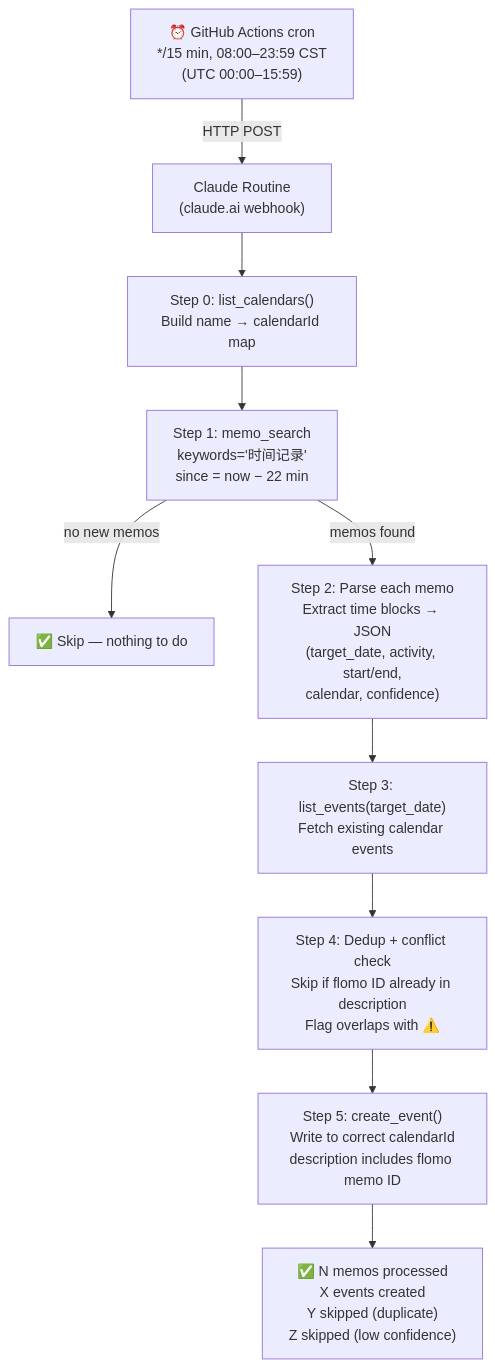
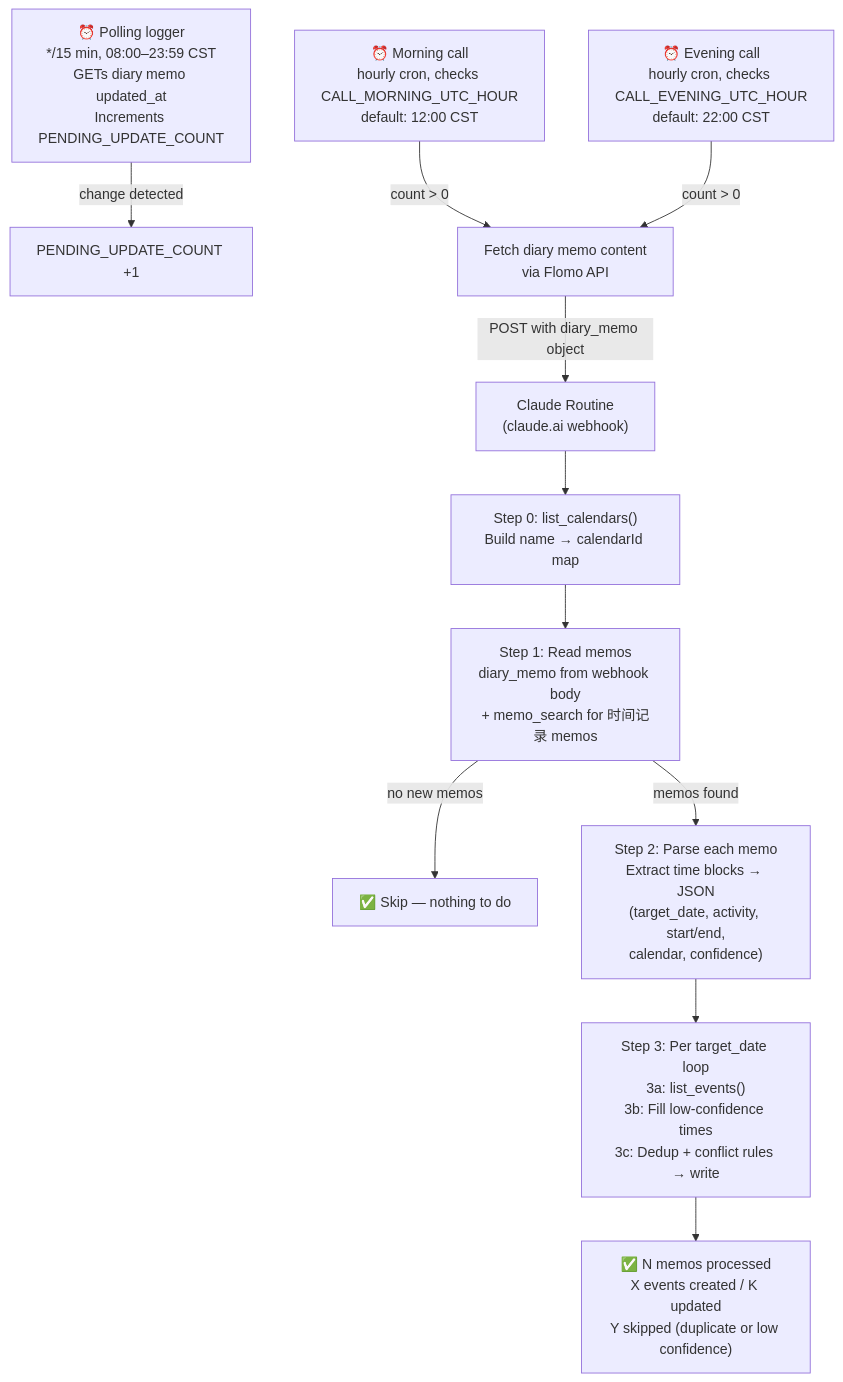
Before and after one commit to Aurora-yang-git/Workflow-Calendar: the diagram in README.md, drawn with Mermaid. The commit also changed other lines of this file and 3 other files, not shown here.

First line of the commit message:
chore: gitignore PLAN.md + CLAUDE.md, update README for new architecture

````diff
--- a/README.md
+++ b/README.md
@@ -7,16 +7,19 @@
 ```mermaid
 flowchart TD
-    A["⏰ GitHub Actions cron\n*/15 min, 08:00–23:59 CST\n(UTC 00:00–15:59)"] -->|HTTP POST| B["Claude Routine\n(claude.ai webhook)"]
+    POLL["⏰ Polling logger\n*/15 min, 08:00–23:59 CST\nGETs diary memo updated_at\nIncrements PENDING_UPDATE_COUNT"] -->|change detected| COUNT["PENDING_UPDATE_COUNT +1"]
+
+    CALL_M["⏰ Morning call\nhourly cron, checks CALL_MORNING_UTC_HOUR\ndefault: 12:00 CST"] -->|count > 0| FETCH
+    CALL_E["⏰ Evening call\nhourly cron, checks CALL_EVENING_UTC_HOUR\ndefault: 22:00 CST"] -->|count > 0| FETCH
+
+    FETCH["Fetch diary memo content\nvia Flomo API"] -->|POST with diary_memo object| B["Claude Routine\n(claude.ai webhook)"]
 
     B --> S0["Step 0: list_calendars()\nBuild name → calendarId map"]
-    S0 --> S1["Step 1: memo_search\nkeywords='时间记录'\nsince = now − 22 min"]
+    S0 --> S1["Step 1: Read memos\ndiary_memo from webhook body\n+ memo_search for 时间记录 memos"]
 
     S1 -->|no new memos| SKIP["✅ Skip — nothing to do"]
     S1 -->|memos found| S2["Step 2: Parse each memo\nExtract time blocks → JSON\n(target_date, activity, start/end,\ncalendar, confidence)"]
 
-    S2 --> S3["Step 3: list_events(target_date)\nFetch existing calendar events"]
-    S3 --> S4["Step 4: Dedup + conflict check\nSkip if flomo ID already in description\nFlag overlaps with ⚠️"]
-    S4 --> S5["Step 5: create_event()\nWrite to correct calendarId\ndescription includes flomo memo ID"]
+    S2 --> S3["Step 3: Per target_date loop\n3a: list_events()\n3b: Fill low-confidence times\n3c: Dedup + conflict rules → write"]
 
-    S5 --> OUT["✅ N memos processed\nX events created\nY skipped (duplicate)\nZ skipped (low confidence)"]
+    S3 --> OUT["✅ N memos processed\nX events created / K updated\nY skipped (duplicate or low confidence)"]
 ```
````
